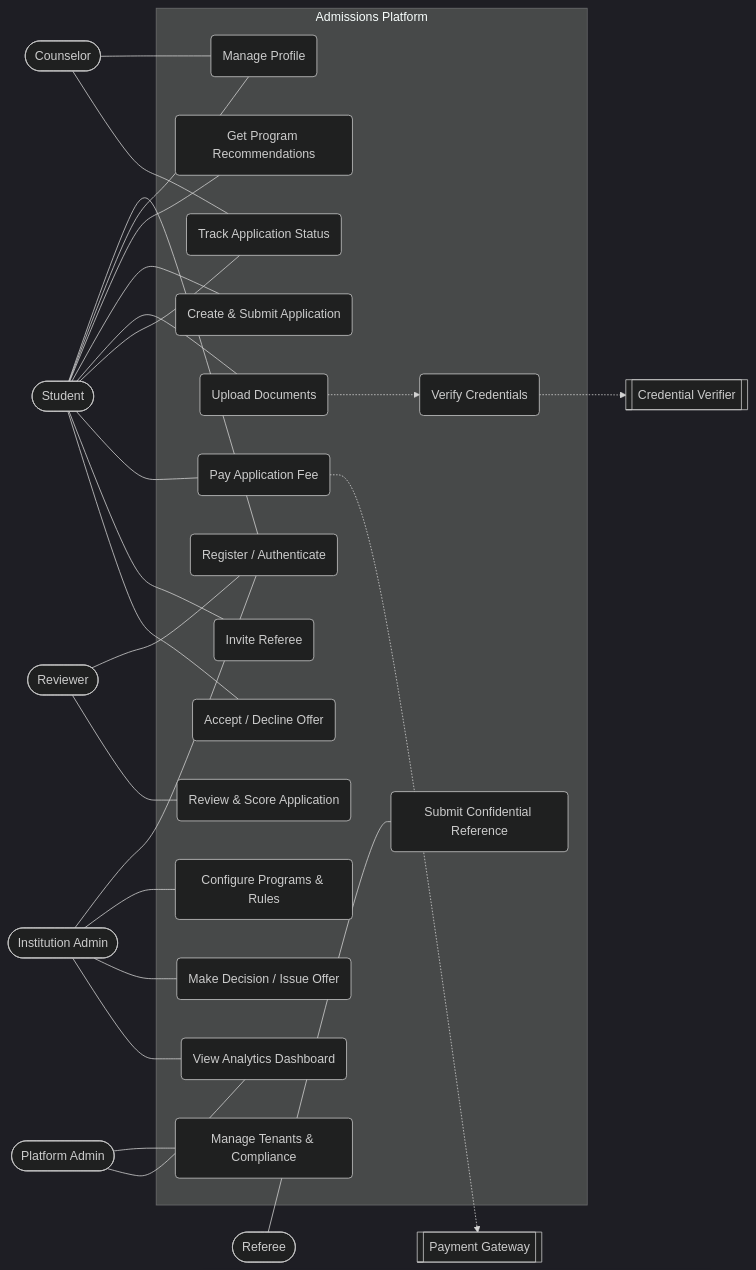
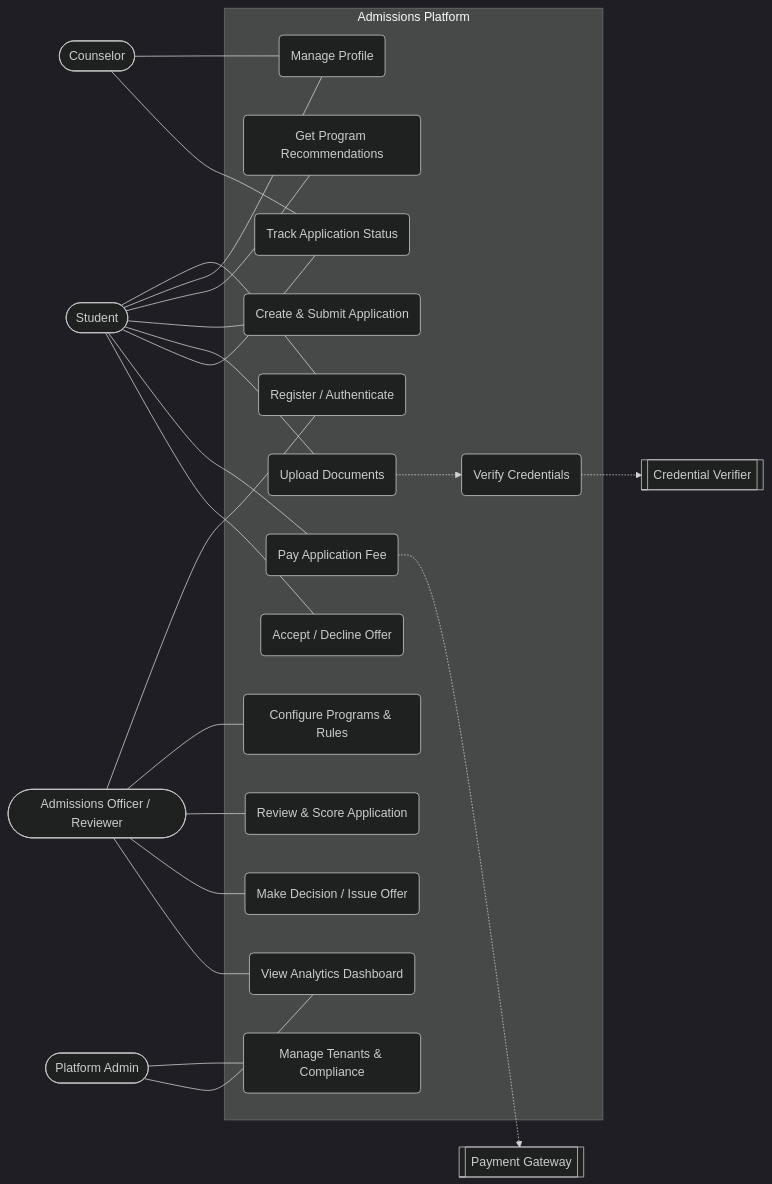
Before and after one commit to eraddy/prepration: the first of 8 diagrams in README.md, drawn with Mermaid (dark theme). The commit also changed other lines of this file, not shown here.

````diff
--- a/README.md
+++ b/README.md
@@ -229,41 +221,35 @@
 ```mermaid
 flowchart LR
   %% Actors
   STU([Student])
-  REV([Reviewer])
-  ADM([Institution Admin])
+  REV([Admissions Officer / Reviewer])
   CNS([Counselor])
-  REF([Referee])
   PADM([Platform Admin])
   PAY[[Payment Gateway]]
   VER[[Credential Verifier]]
 
   subgraph SYS[Admissions Platform]
     UC1(Register / Authenticate)
     UC2(Manage Profile)
     UC3(Get Program Recommendations)
     UC4(Create & Submit Application)
     UC5(Upload Documents)
     UC6(Track Application Status)
     UC7(Pay Application Fee)
-    UC8(Invite Referee)
-    UC9(Submit Confidential Reference)
-    UC10(Configure Programs & Rules)
-    UC11(Review & Score Application)
-    UC12(Make Decision / Issue Offer)
-    UC13(Accept / Decline Offer)
-    UC14(View Analytics Dashboard)
-    UC15(Manage Tenants & Compliance)
-    UC16(Verify Credentials)
+    UC8(Configure Programs & Rules)
+    UC9(Review & Score Application)
+    UC10(Make Decision / Issue Offer)
+    UC11(Accept / Decline Offer)
+    UC12(View Analytics Dashboard)
+    UC13(Manage Tenants & Compliance)
+    UC14(Verify Credentials)
   end
 
-  STU --- UC1 & UC2 & UC3 & UC4 & UC5 & UC6 & UC7 & UC8 & UC13
+  STU --- UC1 & UC2 & UC3 & UC4 & UC5 & UC6 & UC7 & UC11
   CNS --- UC2 & UC6
-  REF --- UC9
-  ADM --- UC1 & UC10 & UC12 & UC14
-  REV --- UC1 & UC11
-  PADM --- UC15 & UC14
+  REV --- UC1 & UC8 & UC9 & UC10 & UC12
+  PADM --- UC13 & UC12
   UC7 -.-> PAY
-  UC16 -.-> VER
-  UC5 -.-> UC16
+  UC14 -.-> VER
+  UC5 -.-> UC14
 ```
````
